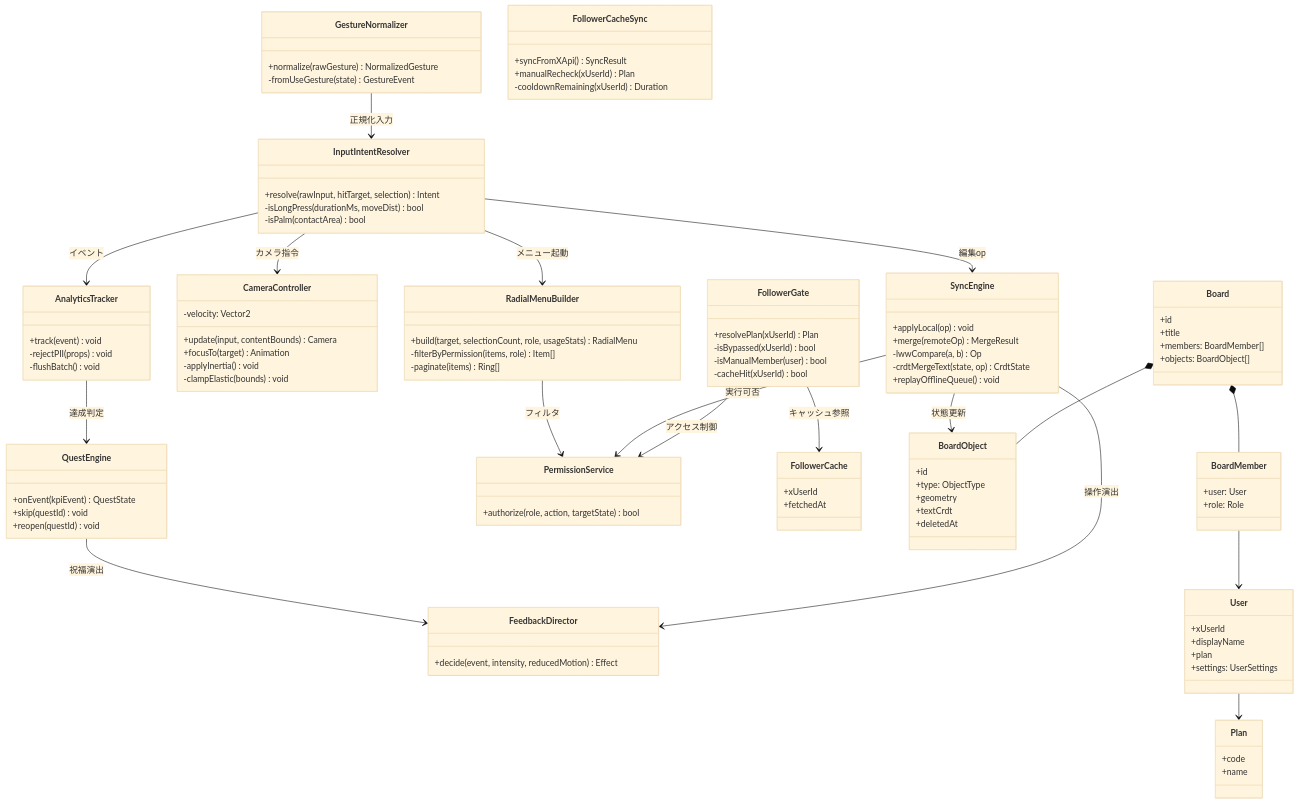
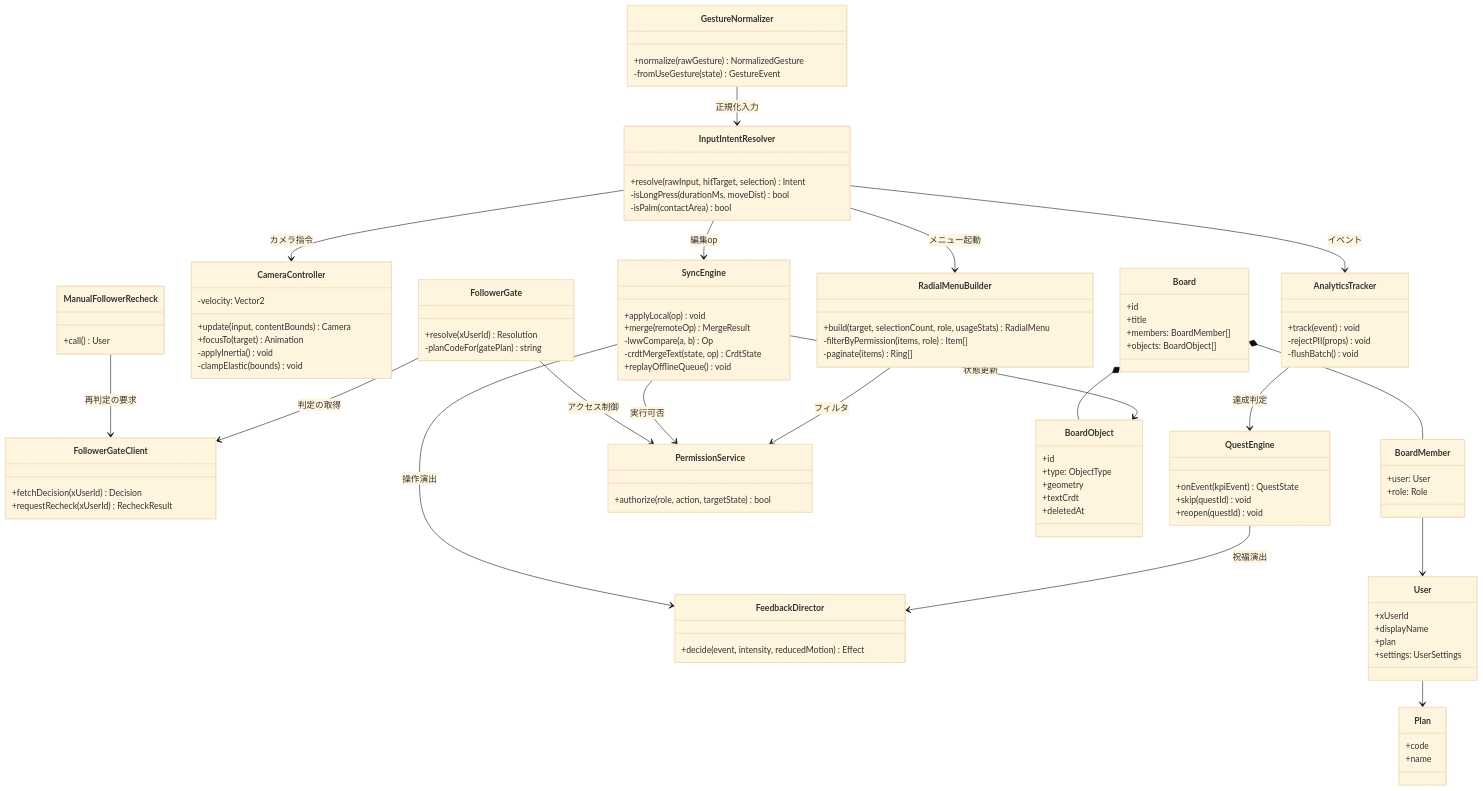
The seventh of 12 diagrams in questboard_design_document.md (rictaworks/questboard), drawn with Mermaid (base theme) before and after one commit. The commit also changed other lines of this file and 51 other files, not shown here.

First line of the commit message:
[機能] フォロワー判定を x-follower-gate へ委譲する (#254)

```diff
--- a/questboard_design_document.md
+++ b/questboard_design_document.md
@@ -475,15 +468,15 @@
         -clampElastic(bounds) void
     }
     class FollowerGate {
-        +resolvePlan(xUserId) Plan
-        -isBypassed(xUserId) bool
-        -isManualMember(user) bool
-        -cacheHit(xUserId) bool
+        +resolve(xUserId) Resolution
+        -planCodeFor(gatePlan) string
     }
-    class FollowerCacheSync {
-        +syncFromXApi() SyncResult
-        +manualRecheck(xUserId) Plan
-        -cooldownRemaining(xUserId) Duration
+    class FollowerGateClient {
+        +fetchDecision(xUserId) Decision
+        +requestRecheck(xUserId) RecheckResult
+    }
+    class ManualFollowerRecheck {
+        +call() User
     }
     class FeedbackDirector {
         +decide(event, intensity, reducedMotion) Effect
@@ -511,10 +504,6 @@
     class Plan {
         +code
         +name
-    }
-    class FollowerCache {
-        +xUserId
-        +fetchedAt
     }
     class Board {
         +id
@@ -547,7 +536,8 @@
     RadialMenuBuilder --> PermissionService : フィルタ
     SyncEngine --> PermissionService : 実行可否
     SyncEngine --> BoardObject : 状態更新
-    FollowerGate --> FollowerCache : キャッシュ参照
+    FollowerGate --> FollowerGateClient : 判定の取得
+    ManualFollowerRecheck --> FollowerGateClient : 再判定の要求
     FollowerGate --> PermissionService : アクセス制御
     User --> Plan
     InputIntentResolver --> AnalyticsTracker : イベント
```
